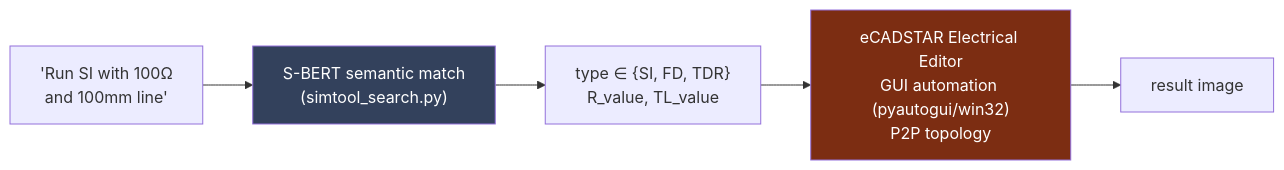
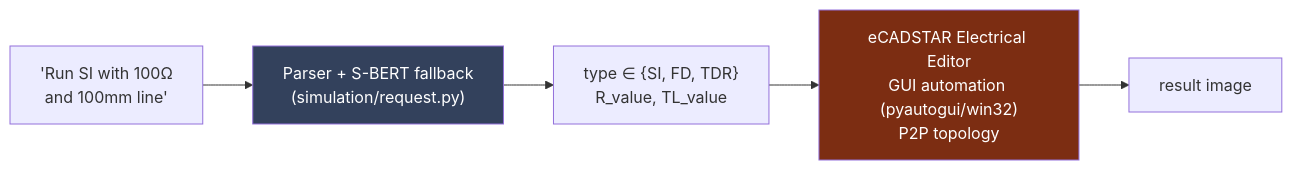
Before and after one commit to kovarthanmuthusamy/pcb-cad-llm-assistant: the fourth of 4 diagrams in README.md, drawn with Mermaid. The commit also changed other lines of this file and 7 other files, not shown here.

````diff
--- a/README.md
+++ b/README.md
@@ -188,9 +204,9 @@
 ```mermaid
 flowchart LR
-    NL["'Run SI with 100Ω<br/>and 100mm line'"] --> SB["S-BERT semantic match<br/>(simtool_search.py)"]
+    NL["'Run SI with 100Ω<br/>and 100mm line'"] --> SB["Parser + S-BERT fallback<br/>(simulation/request.py)"]
     SB --> PARAMS["type ∈ {SI, FD, TDR}<br/>R_value, TL_value"]
     PARAMS --> CAD["eCADSTAR Electrical Editor<br/>GUI automation (pyautogui/win32)<br/>P2P topology"]
     CAD --> IMG["result image"]
     style SB fill:#33415c,color:#fff
     style CAD fill:#7c2d12,color:#fff
 ```
````
